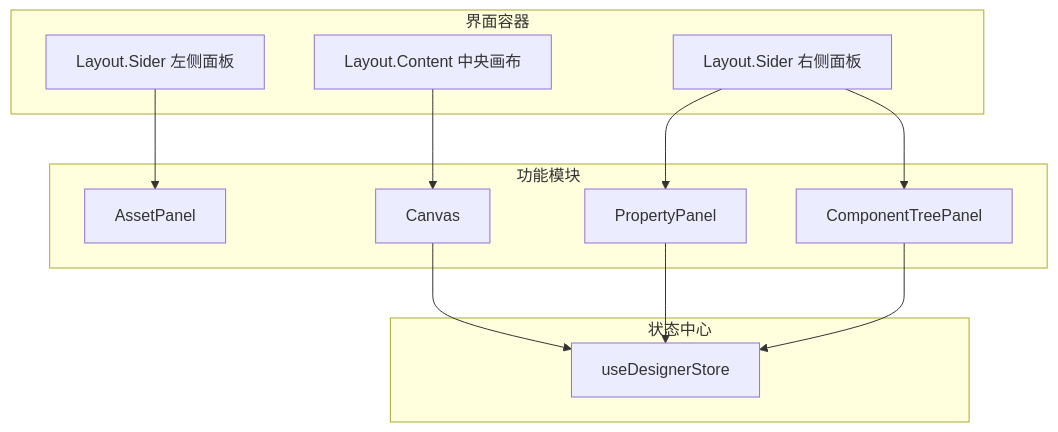
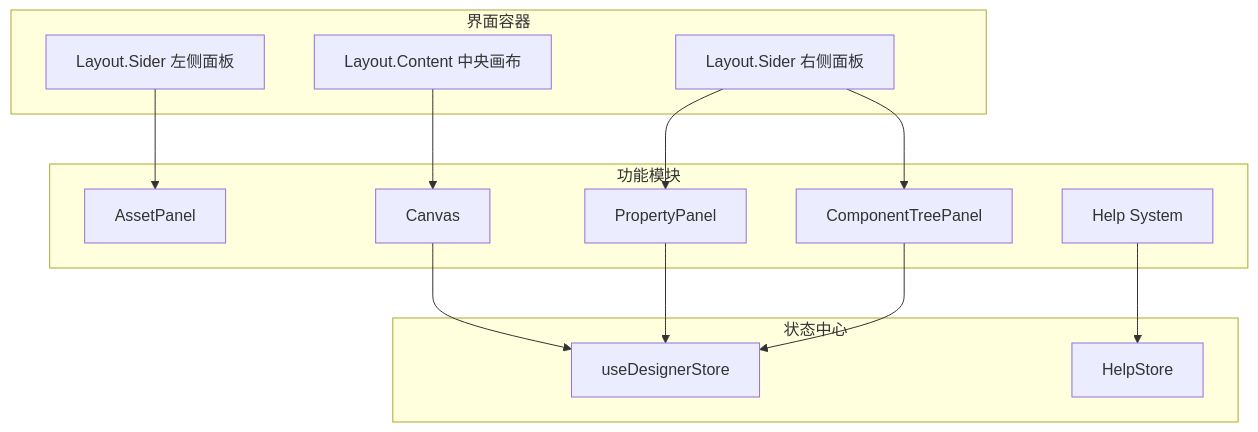
One commit to joker-yjc/printer changed the second of 7 diagrams in .qoder/repowiki/zh/content/设计器使用指南/界面布局与导航.md. Above: the diagram before and after it, drawn with Mermaid. The commit also changed other lines of this file and 97 other files, not shown here.

````diff
--- a/.qoder/repowiki/zh/content/设计器使用指南/界面布局与导航.md
+++ b/.qoder/repowiki/zh/content/设计器使用指南/界面布局与导航.md
@@ -83,24 +101,27 @@
 ```mermaid
 graph TB
 subgraph "界面容器"
 L["Layout.Sider 左侧面板"]
 C["Layout.Content 中央画布"]
 R["Layout.Sider 右侧面板"]
 end
 subgraph "功能模块"
 AP["AssetPanel"]
 CAN["Canvas"]
 PP["PropertyPanel"]
 CT["ComponentTreePanel"]
+HT["Help System"]
 end
 subgraph "状态中心"
 ST["useDesignerStore"]
+HS["HelpStore"]
 end
 L --> AP
 C --> CAN
 R --> PP
 R --> CT
 CAN --> ST
 PP --> ST
 CT --> ST
+HT --> HS
 ```
````
